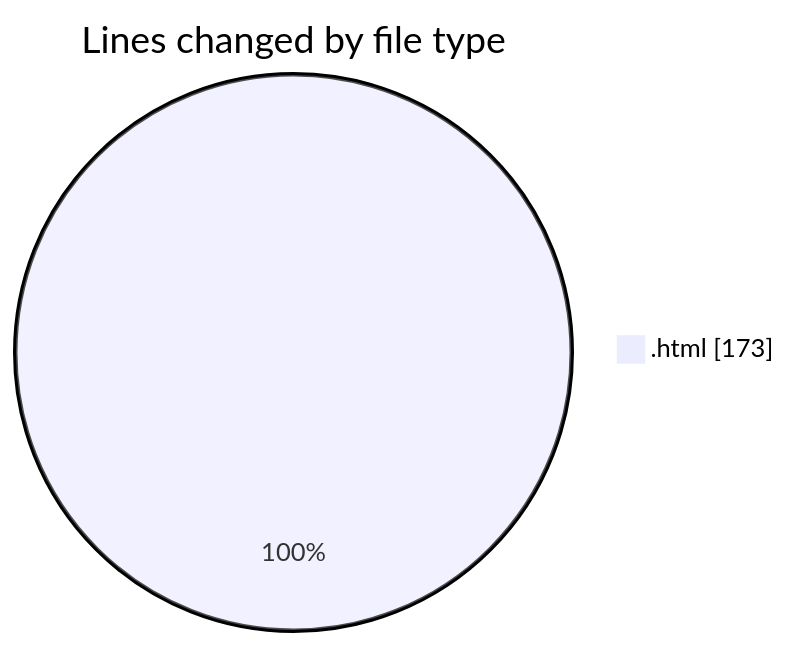
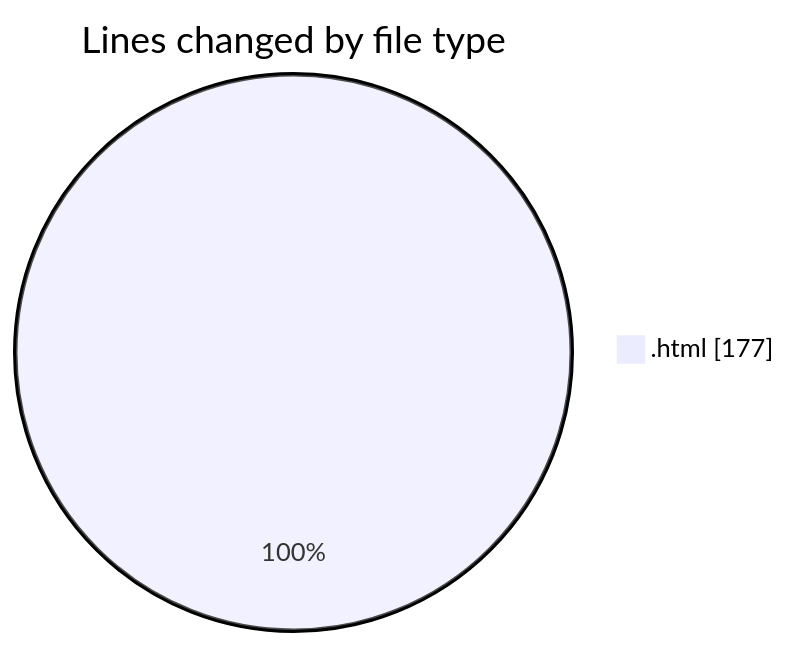
The first of 2 diagrams in 2025-02-13/image-composer/README.md (robertbonfada/code-tracking), drawn with Mermaid before and after one commit. The commit also changed other lines of this file and 1 other file, not shown here.

````diff
--- a/2025-02-13/image-composer/README.md
+++ b/2025-02-13/image-composer/README.md
@@ -20,5 +20,5 @@
 ```mermaid
 pie showData
 title Lines changed by file type
-".html" : 173
+".html" : 177
 ```
````
